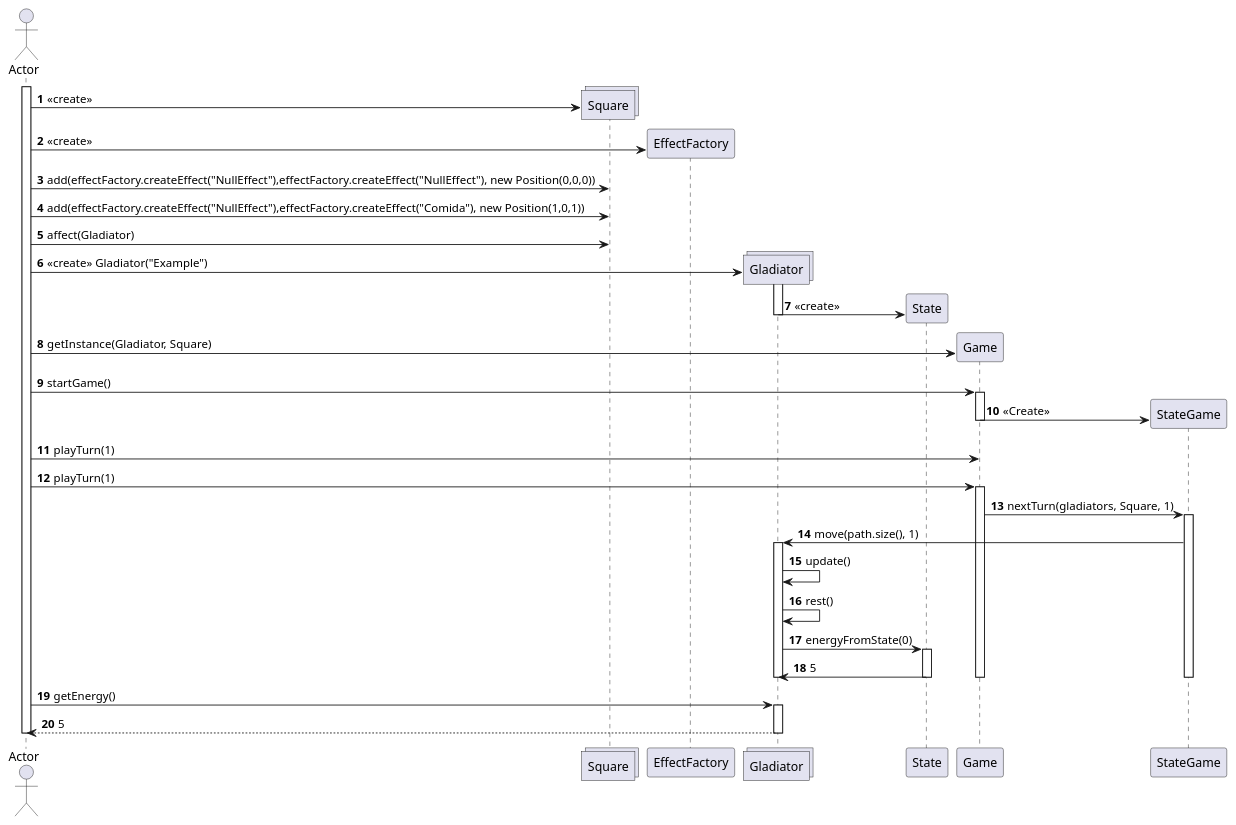
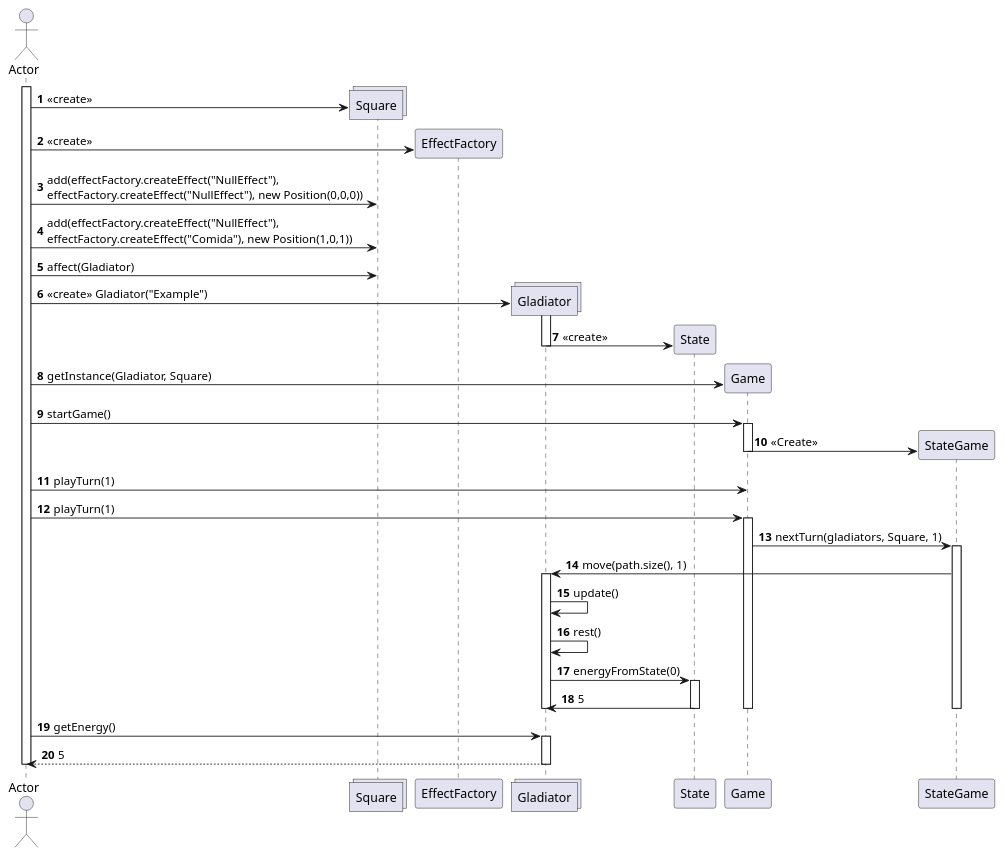
One commit to PabloGCH/tp2-algo3 changed the diagram in diagrams/sequences/useCase03.plantuml. Above: the diagram before and after it, drawn with PlantUML. The commit also changed 8 other files, not shown here.

Commit message:
MultiLines in sequence diagrams

```diff
--- a/diagrams/sequences/useCase03.plantuml
+++ b/diagrams/sequences/useCase03.plantuml
@@ -1,56 +1,56 @@
 @startuml
 'https://plantuml.com/sequence-diagram
 
 autonumber
 actor Actor
 activate Actor
 
 create collections Square
 Actor -> Square: <<create>>
 create EffectFactory
 Actor -> EffectFactory: <<create>>
-Actor -> Square: add(effectFactory.createEffect("NullEffect"),effectFactory.createEffect("NullEffect"), new Position(0,0,0))
-Actor -> Square: add(effectFactory.createEffect("NullEffect"),effectFactory.createEffect("Comida"), new Position(1,0,1))
+Actor -> Square: add(effectFactory.createEffect("NullEffect"),\neffectFactory.createEffect("NullEffect"), new Position(0,0,0))
+Actor -> Square: add(effectFactory.createEffect("NullEffect"),\neffectFactory.createEffect("Comida"), new Position(1,0,1))
 Actor -> Square: affect(Gladiator)
 
 create collections Gladiator
 Actor -> Gladiator: <<create>> Gladiator("Example")
 activate Gladiator
     create State
     Gladiator -> State: <<create>>
 deactivate Gladiator
 
 create Game
 Actor -> Game: getInstance(Gladiator, Square)
 
 Actor -> Game: startGame()
 activate Game
     create StateGame
     Game -> StateGame: <<Create>>
 deactivate Game
 
 Actor -> Game: playTurn(1)
 
 Actor -> Game: playTurn(1)
 activate Game
     Game -> StateGame: nextTurn(gladiators, Square, 1)
     activate StateGame
         StateGame -> Gladiator: move(path.size(), 1)
         activate Gladiator
             Gladiator -> Gladiator: update()
             Gladiator -> Gladiator: rest()
             Gladiator -> State: energyFromState(0)
             activate State
                 State -> Gladiator: 5
             deactivate State
         deactivate Gladiator
     deactivate StateGame
 deactivate Game
 
 Actor -> Gladiator: getEnergy()
 activate Gladiator
         Gladiator --> Actor: 5
 deactivate Gladiator
 
 deactivate Actor
 @enduml
```
